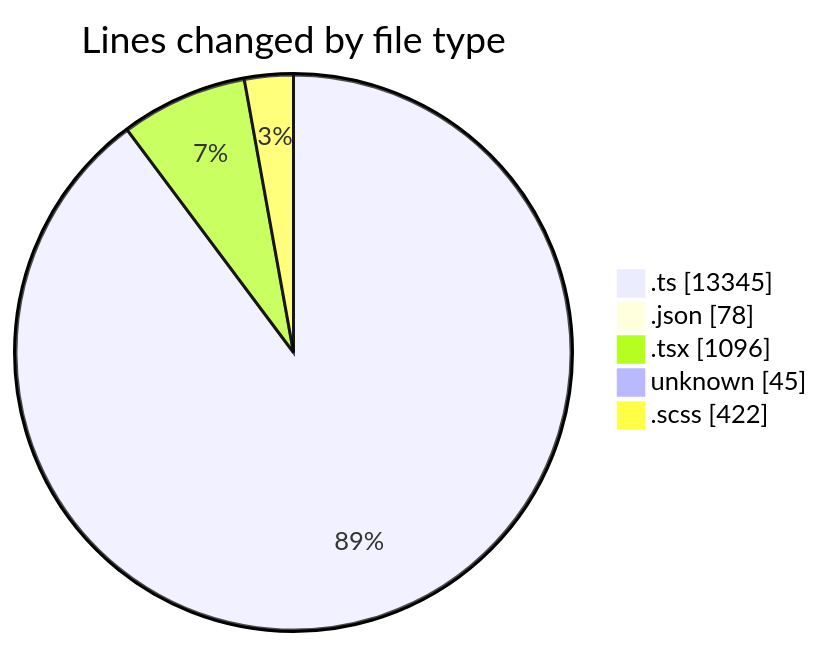
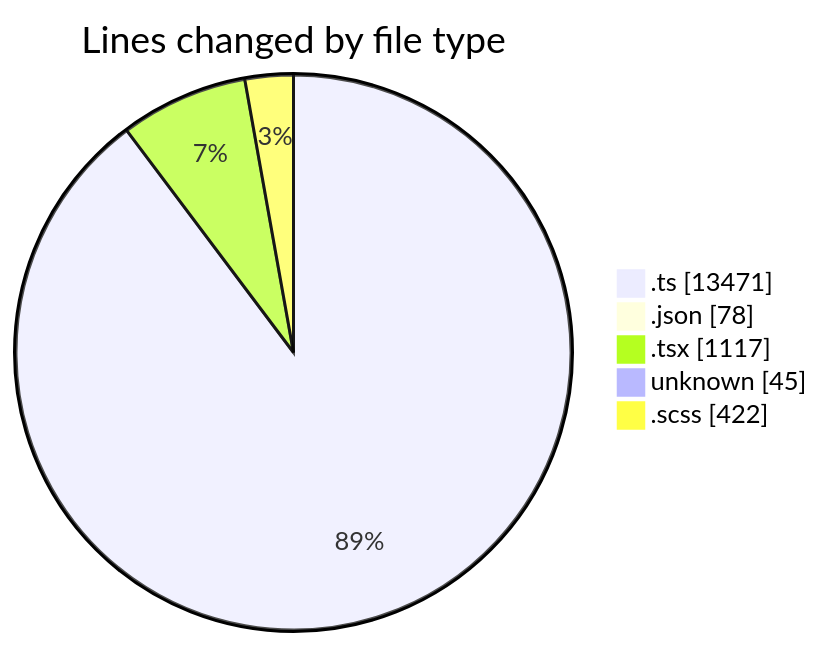
The first of 2 diagrams in 2025-08-29/cda/README.md (momahboobian/code-tracking), drawn with Mermaid before and after one commit. The commit also changed other lines of this file and 1 other file, not shown here.

````diff
--- a/2025-08-29/cda/README.md
+++ b/2025-08-29/cda/README.md
@@ -31,9 +32,9 @@
 ```mermaid
 pie showData
 title Lines changed by file type
-".ts" : 13345
+".ts" : 13471
 ".json" : 78
-".tsx" : 1096
+".tsx" : 1117
 "unknown" : 45
 ".scss" : 422
 ```
````
